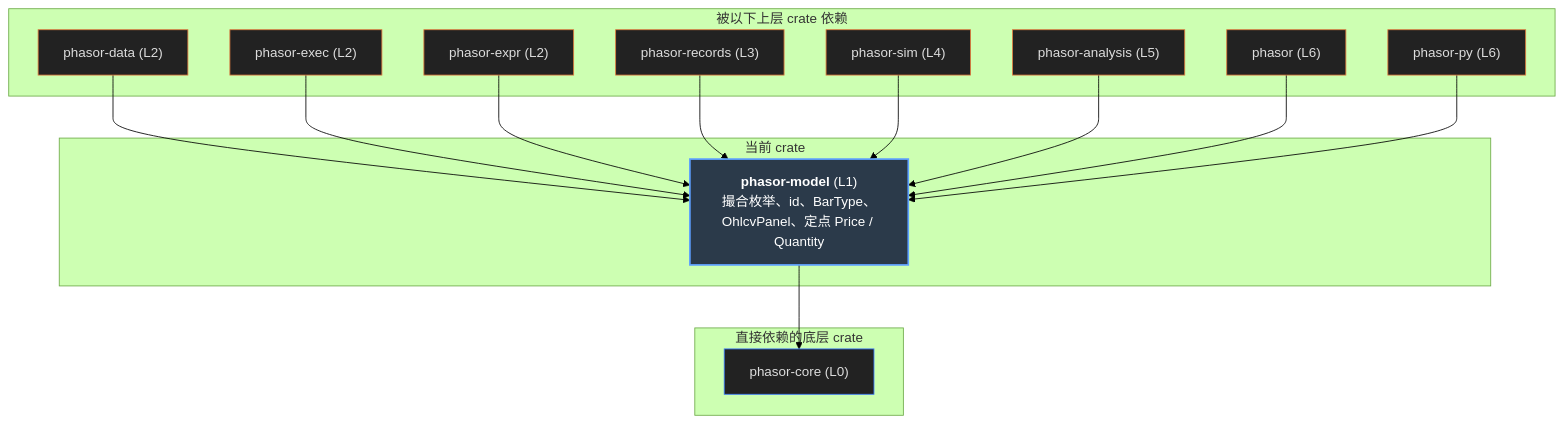
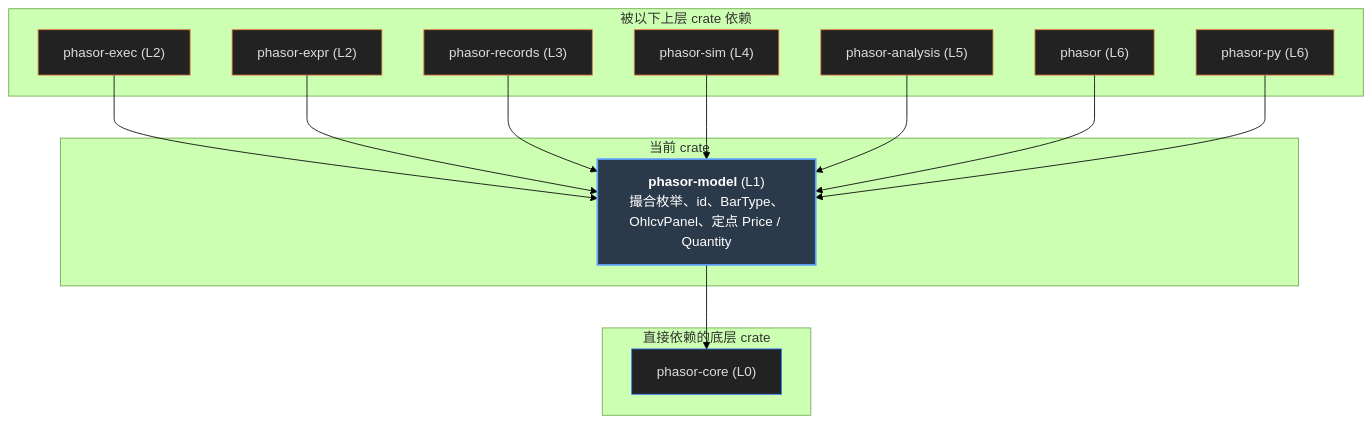
Before and after one commit to nivalume/phasor: the second of 3 diagrams in docs/phasor-model.md, drawn with Mermaid (forest theme). The commit also changed other lines of this file and 25 other files, not shown here.

````diff
--- a/docs/phasor-model.md
+++ b/docs/phasor-model.md
@@ -68,31 +68,29 @@
 ```mermaid
 flowchart TD
     subgraph Current["当前 crate"]
         THIS["<b>phasor-model</b> (L1)<br/>撮合枚举、id、BarType、OhlcvPanel、定点 Price / Quantity"]:::current
     end
     subgraph Upstream["直接依赖的底层 crate"]
         phasor_core["phasor-core (L0)"]:::up
         THIS --> phasor_core
     end
     subgraph Downstream["被以下上层 crate 依赖"]
-        phasor_data["phasor-data (L2)"]:::down
-        phasor_data --> THIS
         phasor_exec["phasor-exec (L2)"]:::down
         phasor_exec --> THIS
         phasor_expr["phasor-expr (L2)"]:::down
         phasor_expr --> THIS
         phasor_records["phasor-records (L3)"]:::down
         phasor_records --> THIS
         phasor_sim["phasor-sim (L4)"]:::down
         phasor_sim --> THIS
         phasor_analysis["phasor-analysis (L5)"]:::down
         phasor_analysis --> THIS
         phasor["phasor (L6)"]:::down
         phasor --> THIS
         phasor_py["phasor-py (L6)"]:::down
         phasor_py --> THIS
     end
     classDef current fill:#2b3a4a,stroke:#5ea0ff,stroke-width:2px,color:#fff;
     classDef up fill:#222,stroke:#3a7afe,stroke-width:1px,color:#ddd;
     classDef down fill:#222,stroke:#e07a3d,stroke-width:1px,color:#ddd;
 ```
````
